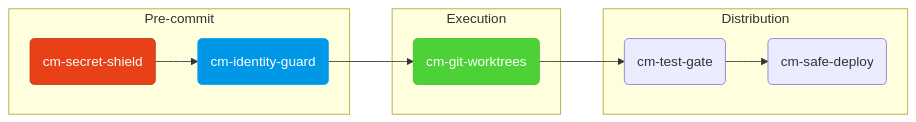
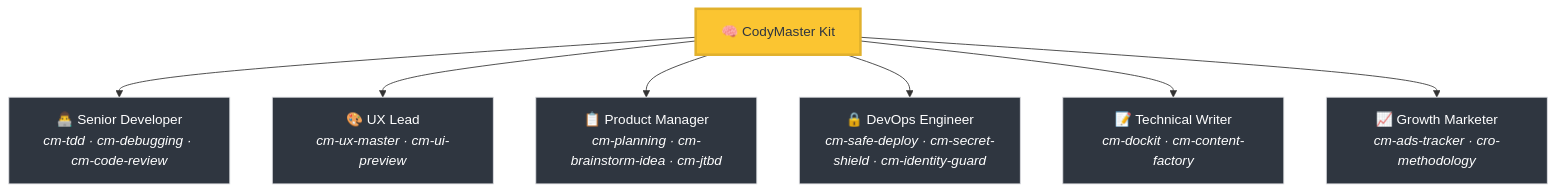
Before and after one commit to tody-agent/codymaster: the first of 3 diagrams in README.md, drawn with Mermaid. The commit also changed other lines of this file and 15 other files, not shown here.

Commit message:
docs: rewrite README with strong differentiators, mermaid workflows, comparison table; enhance story page narrative

````diff
--- a/README.md
+++ b/README.md
@@ -91,16 +54,12 @@
-  ```mermaid
-  flowchart LR
-      subgraph Pre-commit
-          A(cm-secret-shield) --> B(cm-identity-guard)
-      end
-      subgraph Execution
-          B --> C(cm-git-worktrees)
-      end
-      subgraph Distribution
-          C --> D(cm-test-gate)
-          D --> E(cm-safe-deploy)
-      end
-      style A fill:#e84118,stroke:#c23616,color:#fff
-      style B fill:#0097e6,stroke:#00a8ff,color:#fff
-      style C fill:#4cd137,stroke:#44bd32,color:#fff
-  ```
+```mermaid
+graph TD
+    A["🧠 CodyMaster Kit"] --> B["👨‍💻 Senior Developer<br/><i>cm-tdd · cm-debugging · cm-code-review</i>"]
+    A --> C["🎨 UX Lead<br/><i>cm-ux-master · cm-ui-preview</i>"]
+    A --> D["📋 Product Manager<br/><i>cm-planning · cm-brainstorm-idea · cm-jtbd</i>"]
+    A --> E["🔒 DevOps Engineer<br/><i>cm-safe-deploy · cm-secret-shield · cm-identity-guard</i>"]
+    A --> F["📝 Technical Writer<br/><i>cm-dockit · cm-content-factory</i>"]
+    A --> G["📈 Growth Marketer<br/><i>cm-ads-tracker · cro-methodology</i>"]
+    style A fill:#fbc531,stroke:#e1b12c,color:#2f3640,stroke-width:3px
+    classDef team fill:#2f3640,stroke:#dcdde1,stroke-width:1px,color:#fff;
+    class B,C,D,E,F,G team;
+```
````
